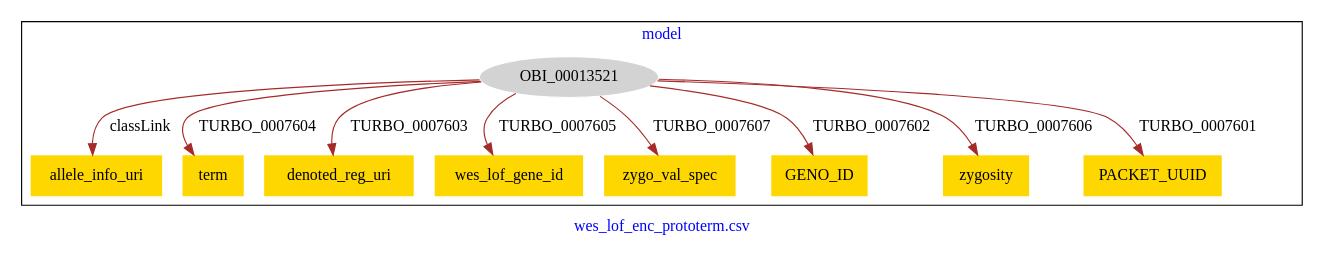
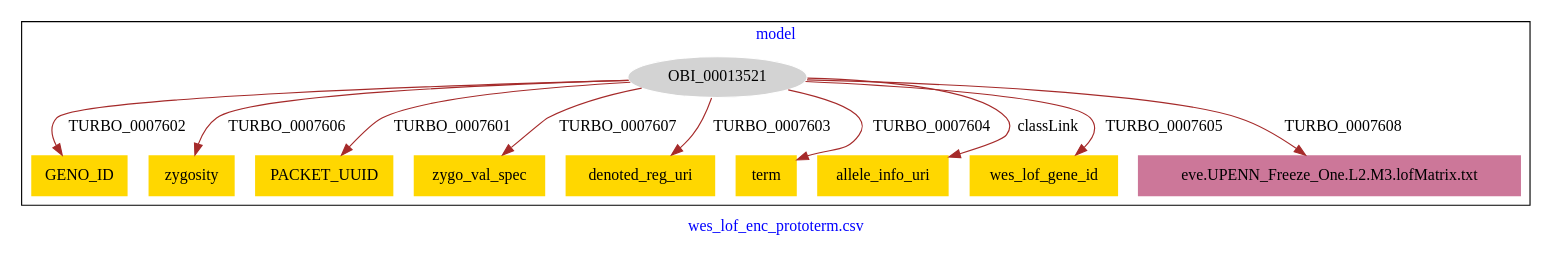
Before and after one commit to PennTURBO/turbo-ontology: the diagram in karma_models/wes_lof_enc_prototerm_shortcuts-model.dot, drawn with Graphviz.

Commit message:
Update file wes_lof_enc_prototerm_shortcuts-model.dot

```diff
--- a/karma_models/wes_lof_enc_prototerm_shortcuts-model.dot
+++ b/karma_models/wes_lof_enc_prototerm_shortcuts-model.dot
@@ -1,25 +1,27 @@
 digraph n0 {
 fontcolor="blue"
 remincross="true"
 label="wes_lof_enc_prototerm.csv"
 subgraph cluster {
 label="model"
 n2[style="filled",color="white",fillcolor="lightgray",label="OBI_00013521"];
-n3[shape="plaintext",style="filled",fillcolor="gold",label="allele_info_uri"];
-n4[shape="plaintext",style="filled",fillcolor="gold",label="term"];
-n5[shape="plaintext",style="filled",fillcolor="gold",label="denoted_reg_uri"];
-n6[shape="plaintext",style="filled",fillcolor="gold",label="wes_lof_gene_id"];
-n7[shape="plaintext",style="filled",fillcolor="gold",label="zygo_val_spec"];
-n8[shape="plaintext",style="filled",fillcolor="gold",label="GENO_ID"];
-n9[shape="plaintext",style="filled",fillcolor="gold",label="zygosity"];
-n10[shape="plaintext",style="filled",fillcolor="gold",label="PACKET_UUID"];
+n3[shape="plaintext",style="filled",fillcolor="gold",label="GENO_ID"];
+n4[shape="plaintext",style="filled",fillcolor="gold",label="zygosity"];
+n5[shape="plaintext",style="filled",fillcolor="gold",label="PACKET_UUID"];
+n6[shape="plaintext",style="filled",fillcolor="gold",label="zygo_val_spec"];
+n7[shape="plaintext",style="filled",fillcolor="gold",label="denoted_reg_uri"];
+n8[shape="plaintext",style="filled",fillcolor="gold",label="term"];
+n9[shape="plaintext",style="filled",fillcolor="gold",label="allele_info_uri"];
+n10[shape="plaintext",style="filled",fillcolor="gold",label="wes_lof_gene_id"];
+n11[shape="plaintext",style="filled",fillcolor="#CC7799",label="eve.UPENN_Freeze_One.L2.M3.lofMatrix.txt"];
 }
-n2 -> n3[color="brown",fontcolor="black",label="classLink"]
-n2 -> n4[color="brown",fontcolor="black",label="TURBO_0007604"]
-n2 -> n5[color="brown",fontcolor="black",label="TURBO_0007603"]
-n2 -> n6[color="brown",fontcolor="black",label="TURBO_0007605"]
-n2 -> n7[color="brown",fontcolor="black",label="TURBO_0007607"]
-n2 -> n8[color="brown",fontcolor="black",label="TURBO_0007602"]
-n2 -> n9[color="brown",fontcolor="black",label="TURBO_0007606"]
-n2 -> n10[color="brown",fontcolor="black",label="TURBO_0007601"]
+n2 -> n3[color="brown",fontcolor="black",label="TURBO_0007602"]
+n2 -> n4[color="brown",fontcolor="black",label="TURBO_0007606"]
+n2 -> n5[color="brown",fontcolor="black",label="TURBO_0007601"]
+n2 -> n6[color="brown",fontcolor="black",label="TURBO_0007607"]
+n2 -> n7[color="brown",fontcolor="black",label="TURBO_0007603"]
+n2 -> n8[color="brown",fontcolor="black",label="TURBO_0007604"]
+n2 -> n9[color="brown",fontcolor="black",label="classLink"]
+n2 -> n10[color="brown",fontcolor="black",label="TURBO_0007605"]
+n2 -> n11[color="brown",fontcolor="black",label="TURBO_0007608"]
 }
```
